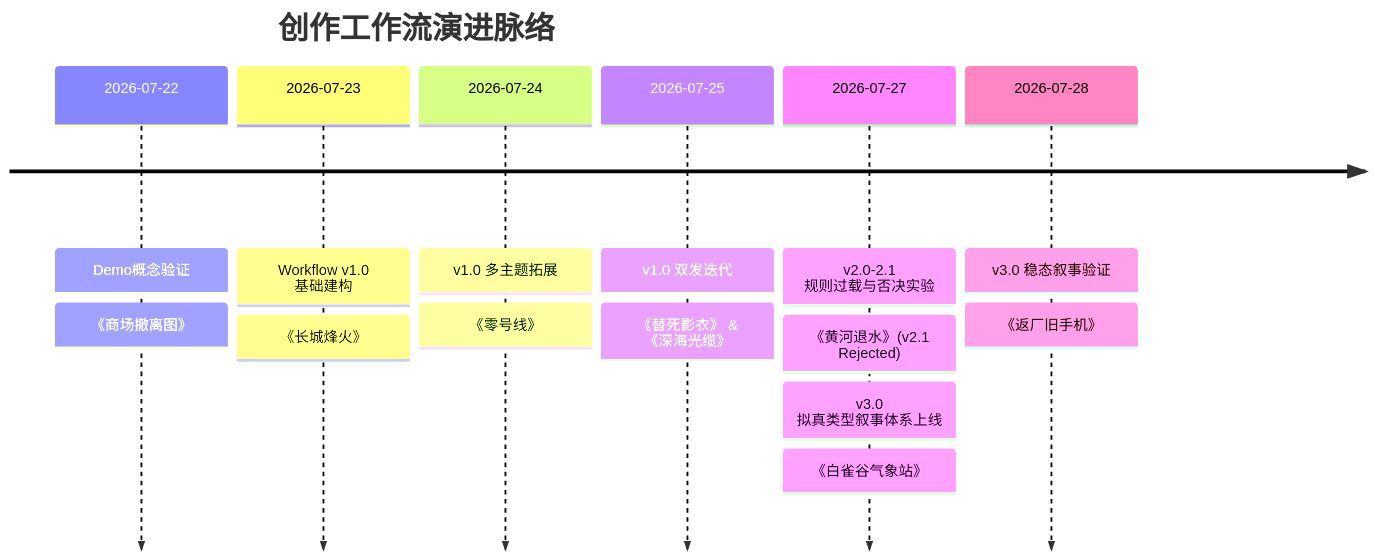
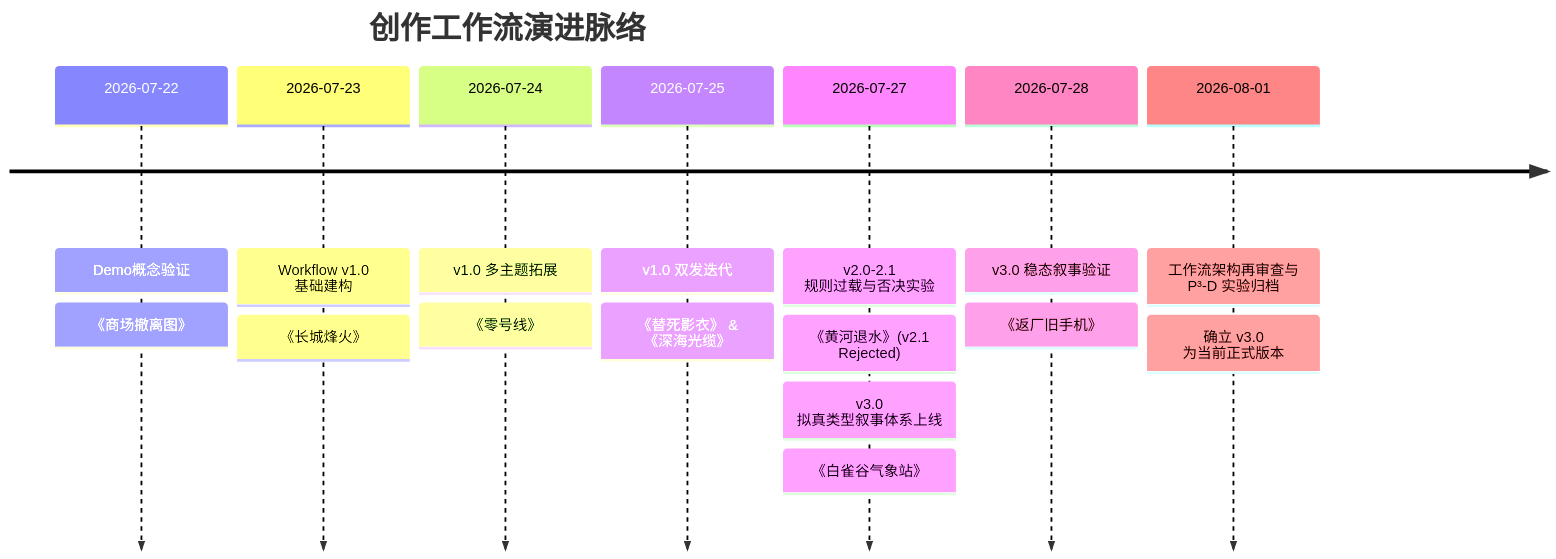
One commit to houghtongasthini-max/chuangzuo changed the diagram in WORKFLOW_TIMELINE.md. Above: the diagram before and after it, drawn with Mermaid. The commit also changed other lines of this file and 41 other files, not shown here.

````diff
--- a/WORKFLOW_TIMELINE.md
+++ b/WORKFLOW_TIMELINE.md
@@ -9,11 +9,12 @@
 ```mermaid
 timeline
     title 创作工作流演进脉络
     2026-07-22 : Demo概念验证 : 《商场撤离图》
     2026-07-23 : Workflow v1.0 基础建构 : 《长城烽火》
     2026-07-24 : v1.0 多主题拓展 : 《零号线》
     2026-07-25 : v1.0 双发迭代 : 《替死影衣》 & 《深海光缆》
     2026-07-27 : v2.0-2.1 规则过载与否决实验 : 《黄河退水》(v2.1 Rejected)
                : v3.0 拟真类型叙事体系上线 : 《白雀谷气象站》
     2026-07-28 : v3.0 稳态叙事验证 : 《返厂旧手机》
+    2026-08-01 : 工作流架构再审查与 P³-D 实验归档 : 确立 v3.0 为当前正式版本
 ```
````
